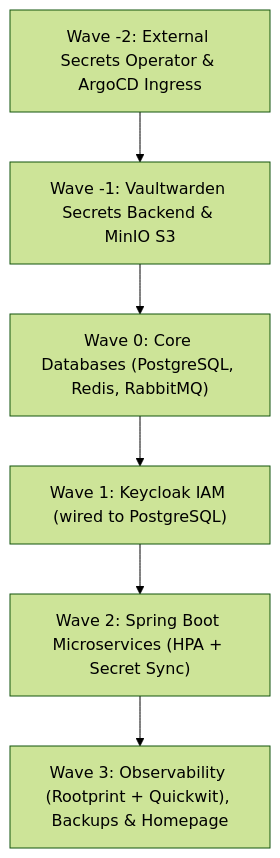
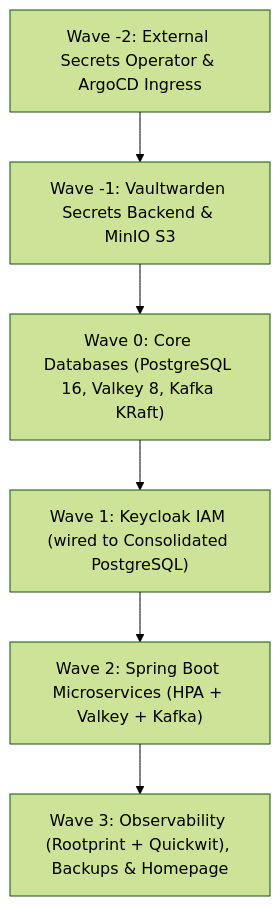
Before and after one commit to Nikhil12894/k3s-gitops: the diagram in README.md, drawn with Mermaid (forest theme). The commit also changed other lines of this file and 6 other files, not shown here.

Commit message:
feat: adopt Valkey and Kafka KRaft with consolidated PostgreSQL

````diff
--- a/README.md
+++ b/README.md
@@ -11,11 +11,11 @@
 ```mermaid
 flowchart TD
   Wminus2["Wave -2: External Secrets Operator & ArgoCD Ingress"]
   Wminus1["Wave -1: Vaultwarden Secrets Backend & MinIO S3"]
-  W0["Wave 0: Core Databases (PostgreSQL, Redis, RabbitMQ)"]
-  W1["Wave 1: Keycloak IAM (wired to PostgreSQL)"]
-  W2["Wave 2: Spring Boot Microservices (HPA + Secret Sync)"]
+  W0["Wave 0: Core Databases (PostgreSQL 16, Valkey 8, Kafka KRaft)"]
+  W1["Wave 1: Keycloak IAM (wired to Consolidated PostgreSQL)"]
+  W2["Wave 2: Spring Boot Microservices (HPA + Valkey + Kafka)"]
   W3["Wave 3: Observability (Rootprint + Quickwit), Backups & Homepage"]
 
   Wminus2 --> Wminus1 --> W0 --> W1 --> W2 --> W3
 ```
````
